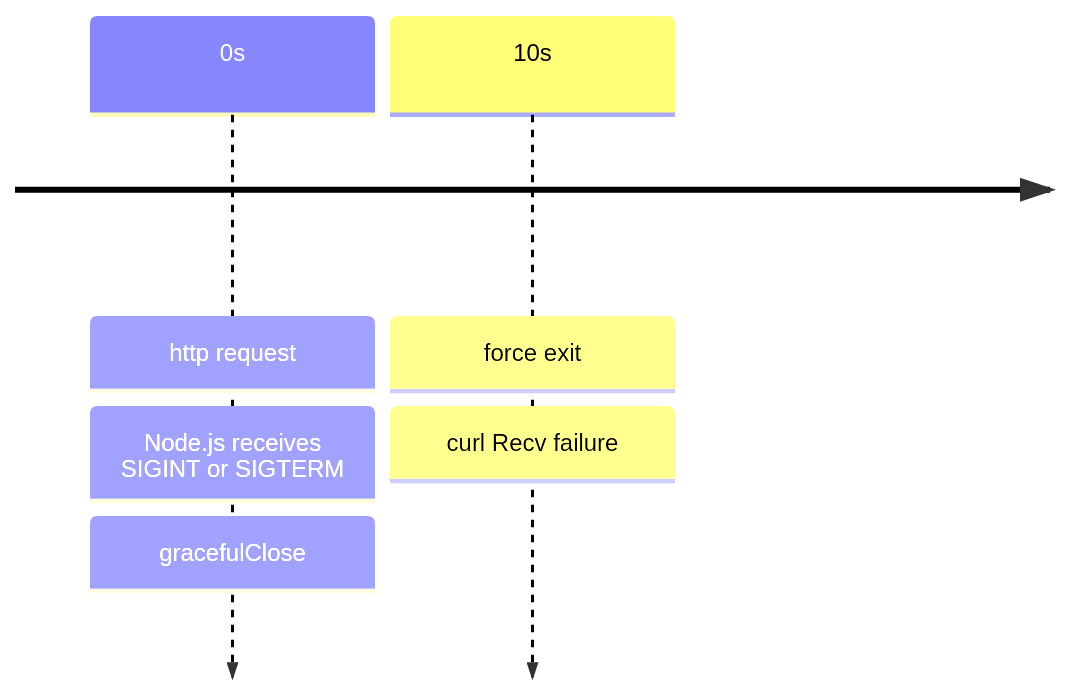
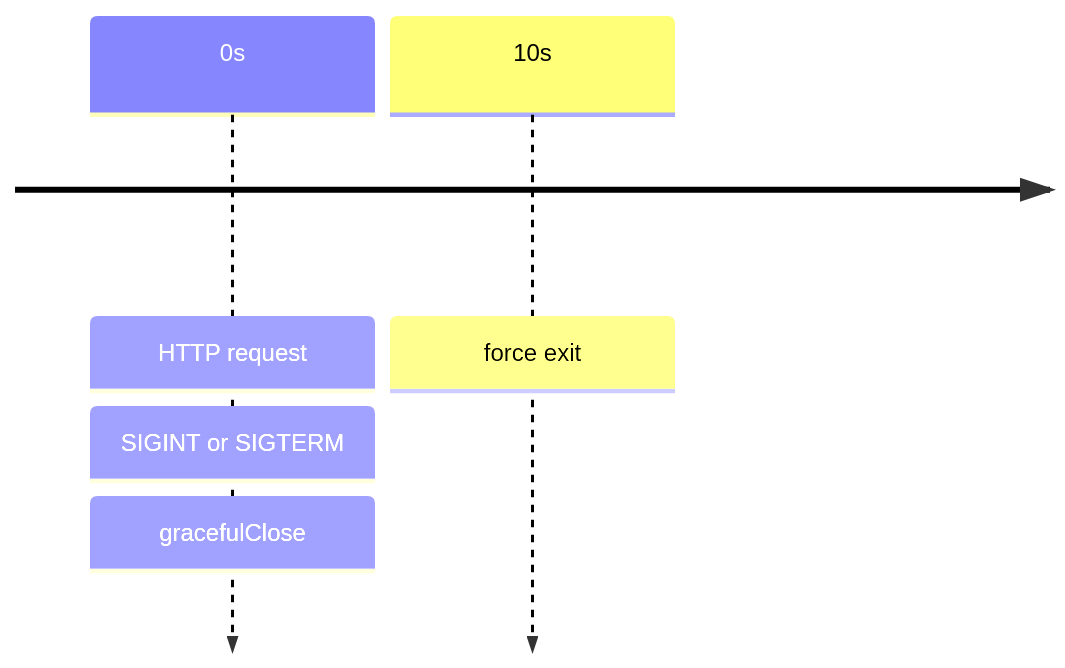
One commit to samuel871211/yusheng-tech-blog changed the second of 2 diagrams in docs/nodejs/http-gracefully-close-server.md. Above: the diagram before and after it, drawn with Mermaid. The commit also changed other lines of this file, not shown here.

Commit message:
http-gracefully-close-server

````diff
--- a/docs/nodejs/http-gracefully-close-server.md
+++ b/docs/nodejs/http-gracefully-close-server.md
@@ -159,8 +155,7 @@
 ```mermaid
 timeline
-    0s : http request
-       : Node.js receives SIGINT or SIGTERM
+    0s : HTTP request
+       : SIGINT or SIGTERM
        : gracefulClose
     10s: force exit
-       : curl Recv failure
 ```
````
